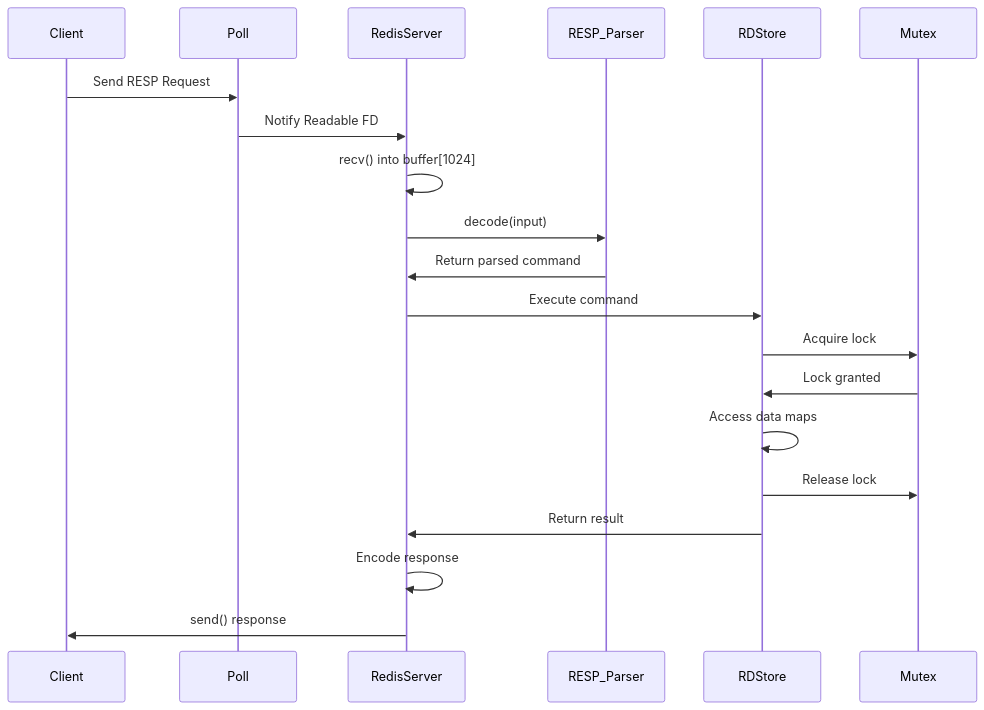
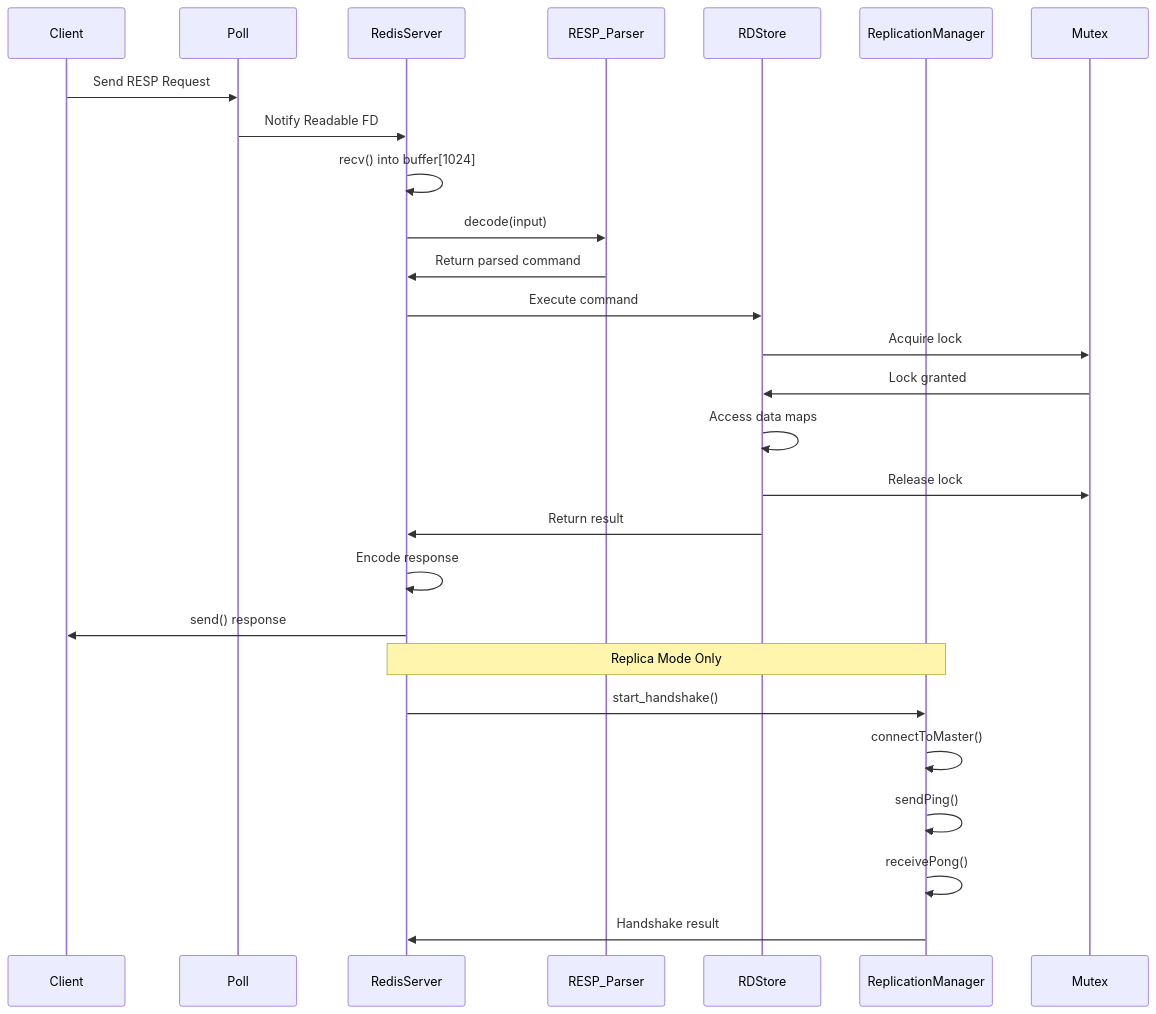
The second of 11 diagrams in src/CURRENT_ARCHITECTURE.md (jsparrow08/redis-cpp), drawn with Mermaid before and after one commit. The commit also changed other lines of this file and 11 other files, not shown here.

Commit message:
added replication manager

````diff
--- a/src/CURRENT_ARCHITECTURE.md
+++ b/src/CURRENT_ARCHITECTURE.md
@@ -50,23 +55,31 @@
 ```mermaid
 sequenceDiagram
     participant Client
     participant Poll
     participant RedisServer
     participant RESP_Parser
     participant RDStore
+    participant ReplicationManager
     participant Mutex
 
     Client->>Poll: Send RESP Request
     Poll->>RedisServer: Notify Readable FD
     RedisServer->>RedisServer: recv() into buffer[1024]
     RedisServer->>RESP_Parser: decode(input)
     RESP_Parser->>RedisServer: Return parsed command
     RedisServer->>RDStore: Execute command
     RDStore->>Mutex: Acquire lock
     Mutex->>RDStore: Lock granted
     RDStore->>RDStore: Access data maps
     RDStore->>Mutex: Release lock
     RDStore->>RedisServer: Return result
     RedisServer->>RedisServer: Encode response
     RedisServer->>Client: send() response
+
+    Note over RedisServer,ReplicationManager: Replica Mode Only
+    RedisServer->>ReplicationManager: start_handshake()
+    ReplicationManager->>ReplicationManager: connectToMaster()
+    ReplicationManager->>ReplicationManager: sendPing()
+    ReplicationManager->>ReplicationManager: receivePong()
+    ReplicationManager->>RedisServer: Handshake result
 ```
````
